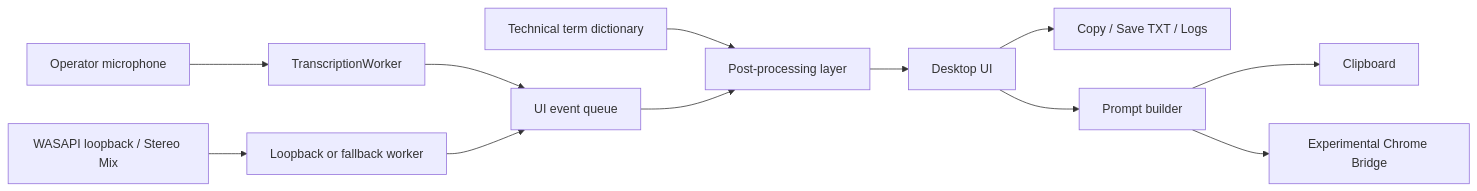
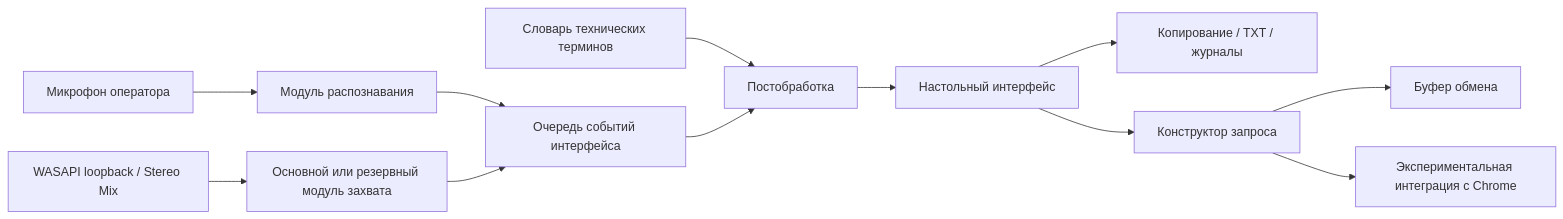
One commit to YuryGorshkov/OPERATOR_ASSIST changed the diagram in README.md. Above: the diagram before and after it, drawn with Mermaid. The commit also changed other lines of this file and 1 other file, not shown here.

````diff
--- a/README.md
+++ b/README.md
@@ -68,14 +70,14 @@
 ```mermaid
 flowchart LR
-    Mic[Operator microphone] --> MicWorker[TranscriptionWorker]
-    Speaker[WASAPI loopback / Stereo Mix] --> SpeakerWorker[Loopback or fallback worker]
-    MicWorker --> Queue[UI event queue]
+    Mic[Микрофон оператора] --> MicWorker[Модуль распознавания]
+    Speaker[WASAPI loopback / Stereo Mix] --> SpeakerWorker[Основной или резервный модуль захвата]
+    MicWorker --> Queue[Очередь событий интерфейса]
     SpeakerWorker --> Queue
-    Dict[Technical term dictionary] --> PostProcess[Post-processing layer]
+    Dict[Словарь технических терминов] --> PostProcess[Постобработка]
     Queue --> PostProcess
-    PostProcess --> UI[Desktop UI]
-    UI --> Export[Copy / Save TXT / Logs]
-    UI --> Prompt[Prompt builder]
-    Prompt --> Clipboard[Clipboard]
-    Prompt --> Chrome[Experimental Chrome Bridge]
+    PostProcess --> UI[Настольный интерфейс]
+    UI --> Export[Копирование / TXT / журналы]
+    UI --> Prompt[Конструктор запроса]
+    Prompt --> Clipboard[Буфер обмена]
+    Prompt --> Chrome[Экспериментальная интеграция с Chrome]
 ```
````
